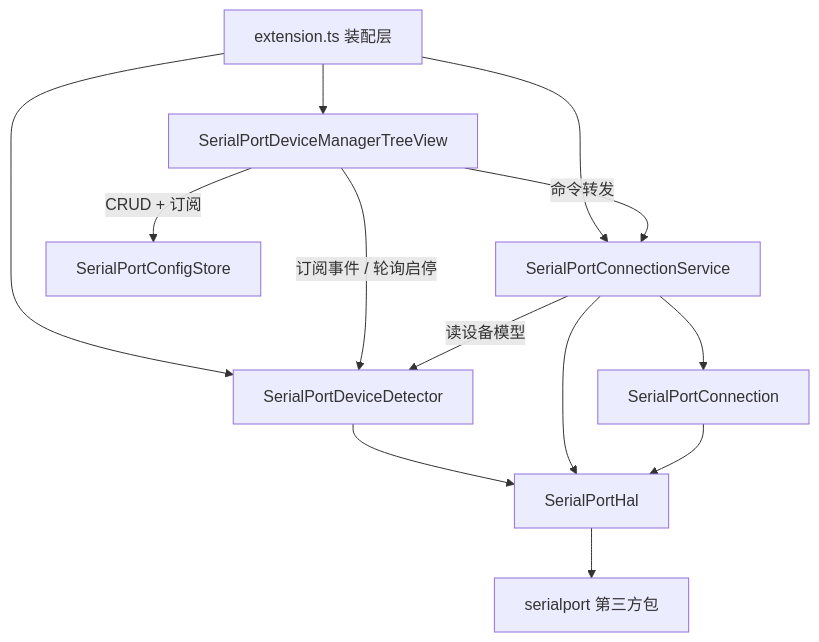
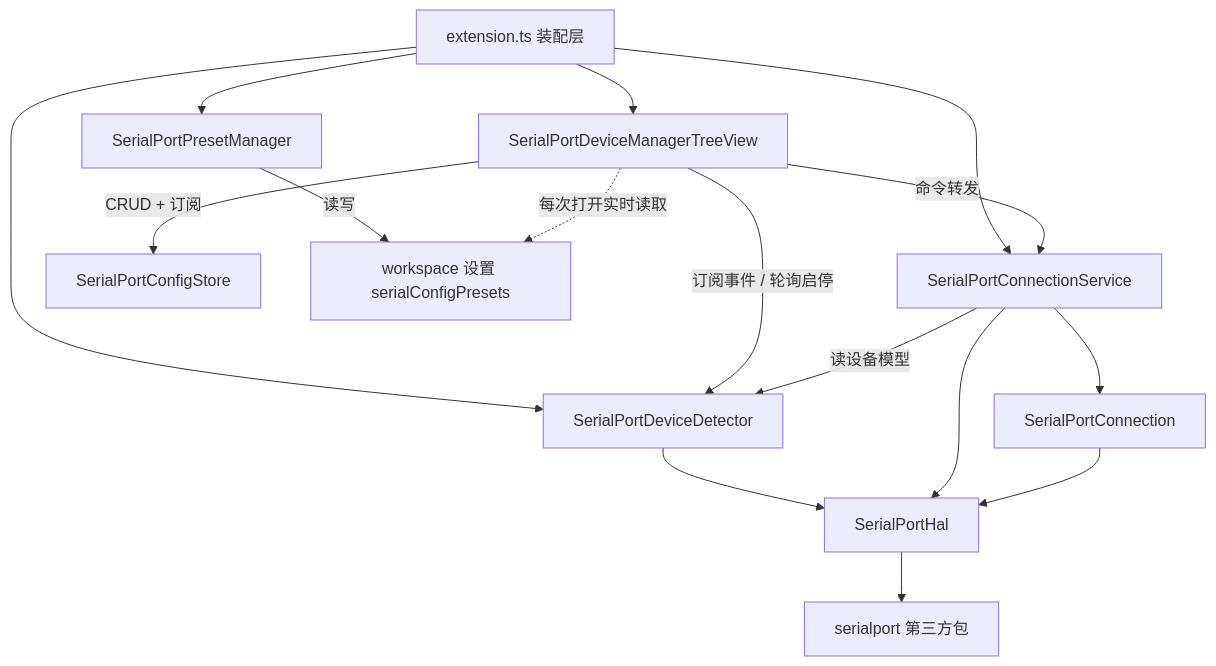
The first of 5 diagrams in doc/总体架构.md (ziqiang-zhu/vscode-serial-port-terminal), drawn with Mermaid before and after one commit. The commit also changed other lines of this file and 11 other files, not shown here.

First line of the commit message:
feat: add preset config Manager.

````diff
--- a/doc/总体架构.md
+++ b/doc/总体架构.md
@@ -12,15 +12,18 @@
 ```mermaid
 graph TD
     UI[extension.ts 装配层] --> View[SerialPortDeviceManagerTreeView]
+    UI --> PresetManager[SerialPortPresetManager]
     UI --> Detector[SerialPortDeviceDetector]
     UI --> ConnectionService[SerialPortConnectionService]
     View -->|命令转发| ConnectionService
     View -->|订阅事件 / 轮询启停| Detector
     View -->|CRUD + 订阅| ConfigStore[SerialPortConfigStore]
+    PresetManager -->|读写| Settings[workspace 设置 serialConfigPresets]
+    View -.->|每次打开实时读取| Settings
     ConnectionService -->|读设备模型| Detector
     ConnectionService --> Connection[SerialPortConnection]
     Detector --> HAL[SerialPortHal]
     ConnectionService --> HAL
     Connection --> HAL
     HAL --> SP[serialport 第三方包]
 ```
````
